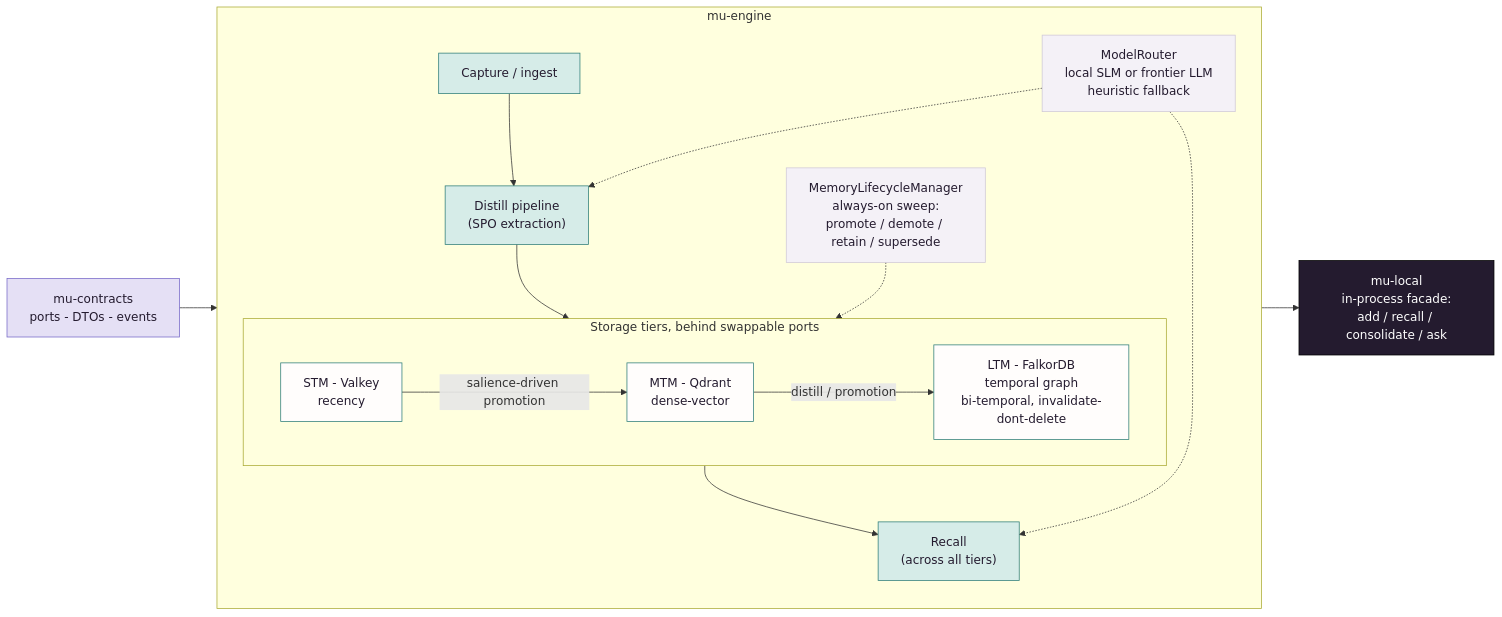
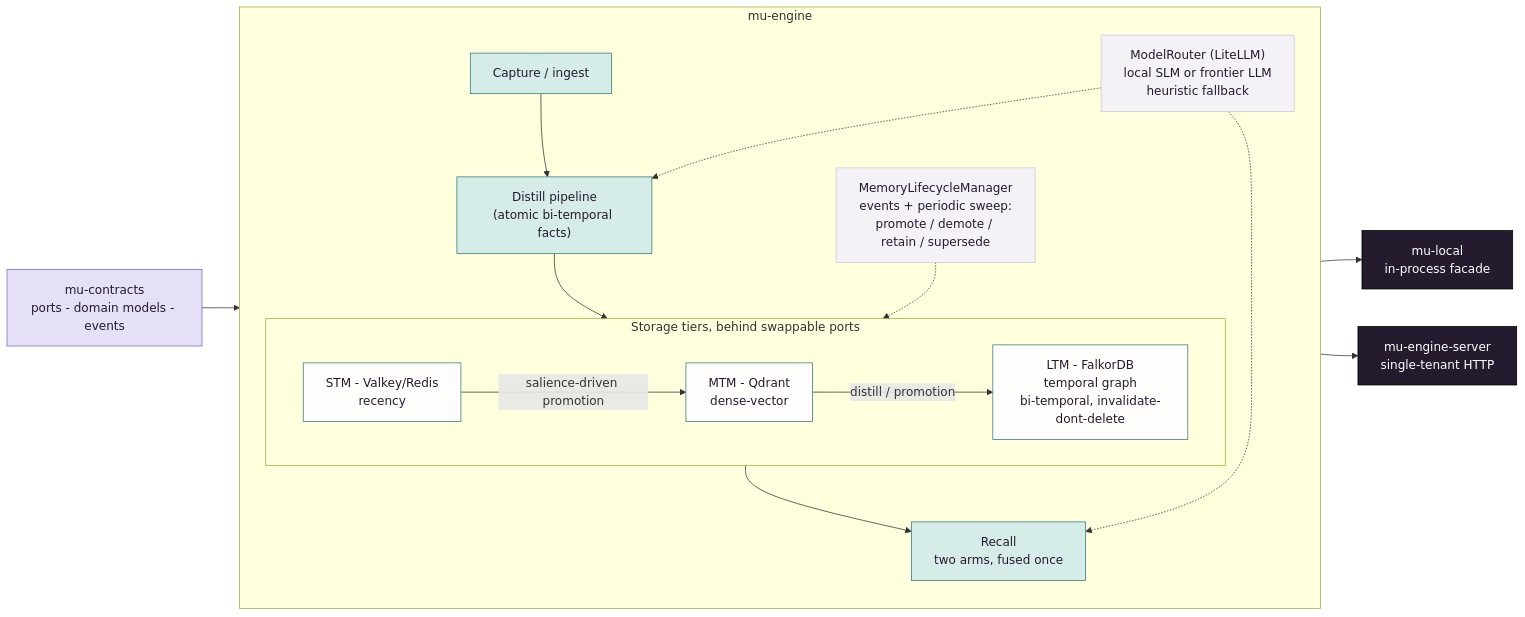
One commit to MemoryUniverse/mu-core changed the second of 2 diagrams in README.md. Above: the diagram before and after it, drawn with Mermaid. The commit also changed other lines of this file, not shown here.

First line of the commit message:
docs(readme): refresh against the code, and link the mechanics diagrams

````diff
--- a/README.md
+++ b/README.md
@@ -141,40 +231,42 @@
 ```mermaid
 flowchart LR
     classDef contracts fill:#e5e0f5,color:#241b2f,stroke:#7567c7
     classDef engine fill:#d6ece8,color:#241b2f,stroke:#2d7c78
     classDef tier fill:#fffdfc,color:#241b2f,stroke:#2d7c78
     classDef lifecycle fill:#f4f1f7,color:#241b2f,stroke:#cfc8d7
     classDef facade fill:#241b2f,color:#fff,stroke:#000
 
-    Ct["mu-contracts<br/>ports - DTOs - events"]:::contracts
+    Ct["mu-contracts<br/>ports - domain models - events"]:::contracts
 
     subgraph Engine["mu-engine"]
         direction TB
         Cap["Capture / ingest"]:::engine
-        Dist["Distill pipeline<br/>(SPO extraction)"]:::engine
+        Dist["Distill pipeline<br/>(atomic bi-temporal facts)"]:::engine
 
         subgraph Tiers["Storage tiers, behind swappable ports"]
             direction LR
-            STM["STM - Valkey<br/>recency"]:::tier
+            STM["STM - Valkey/Redis<br/>recency"]:::tier
             MTM["MTM - Qdrant<br/>dense-vector"]:::tier
             LTM["LTM - FalkorDB<br/>temporal graph<br/>bi-temporal, invalidate-dont-delete"]:::tier
             STM -->|"salience-driven promotion"| MTM
             MTM -->|"distill / promotion"| LTM
         end
 
-        Recall["Recall<br/>(across all tiers)"]:::engine
-        LM["MemoryLifecycleManager<br/>always-on sweep:<br/>promote / demote / retain / supersede"]:::lifecycle
-        Router["ModelRouter<br/>local SLM or frontier LLM<br/>heuristic fallback"]:::lifecycle
+        Recall["Recall<br/>two arms, fused once"]:::engine
+        LM["MemoryLifecycleManager<br/>events + periodic sweep:<br/>promote / demote / retain / supersede"]:::lifecycle
+        Router["ModelRouter (LiteLLM)<br/>local SLM or frontier LLM<br/>heuristic fallback"]:::lifecycle
 
         Cap --> Dist --> STM
         Tiers --> Recall
         LM -.-> Tiers
         Router -.-> Dist
         Router -.-> Recall
     end
 
-    Local["mu-local<br/>in-process facade:<br/>add / recall / consolidate / ask"]:::facade
+    Local["mu-local<br/>in-process facade"]:::facade
+    Srv["mu-engine-server<br/>single-tenant HTTP"]:::facade
 
     Ct --> Engine
     Engine --> Local
+    Engine --> Srv
 ```
````
